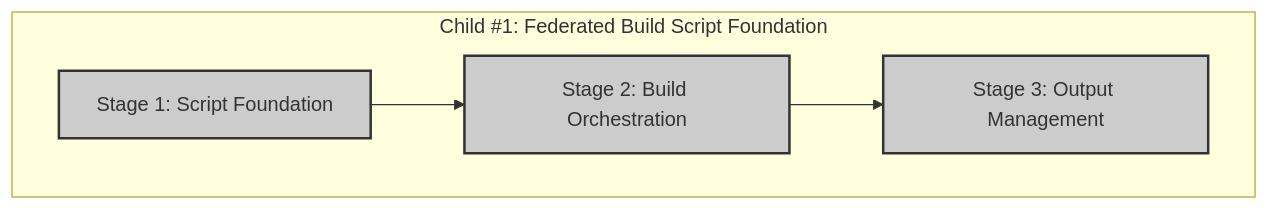
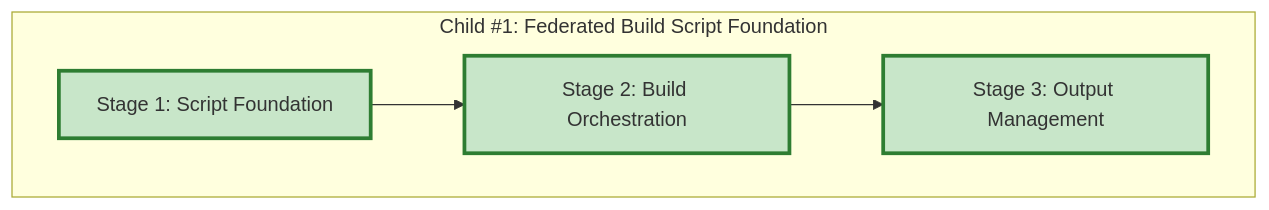
Before and after one commit to info-tech-io/hugo-templates: the diagram in docs/proposals/epic-15-federated-build-system/child-1-federated-build-script/progress.md, drawn with Mermaid. The commit also changed other lines of this file and 159 other files, not shown here.

````diff
--- a/docs/proposals/epic-15-federated-build-system/child-1-federated-build-script/progress.md
+++ b/docs/proposals/epic-15-federated-build-system/child-1-federated-build-script/progress.md
@@ -5,15 +5,15 @@
 ```mermaid
 graph TD
     subgraph "Child #1: Federated Build Script Foundation"
         A[Stage 1: Script Foundation] --> B[Stage 2: Build Orchestration];
         B --> C[Stage 3: Output Management];
     end
 
-    style A fill:#ccc,stroke:#333,stroke-width:2px
-    style B fill:#ccc,stroke:#333,stroke-width:2px
-    style C fill:#ccc,stroke:#333,stroke-width:2px
+    style A fill:#c8e6c9,stroke:#2e7d32,stroke-width:3px
+    style B fill:#c8e6c9,stroke:#2e7d32,stroke-width:3px
+    style C fill:#c8e6c9,stroke:#2e7d32,stroke-width:3px
 
-    click A "001-script-foundation.md" "Stage 1 Details"
-    click B "002-build-orchestration.md" "Stage 2 Details"
-    click C "003-output-management.md" "Stage 3 Details"
+    click A "001-progress.md" "Stage 1 Complete"
+    click B "002-progress.md" "Stage 2 Complete"
+    click C "003-progress.md" "Stage 3 Complete"
 ```
````
